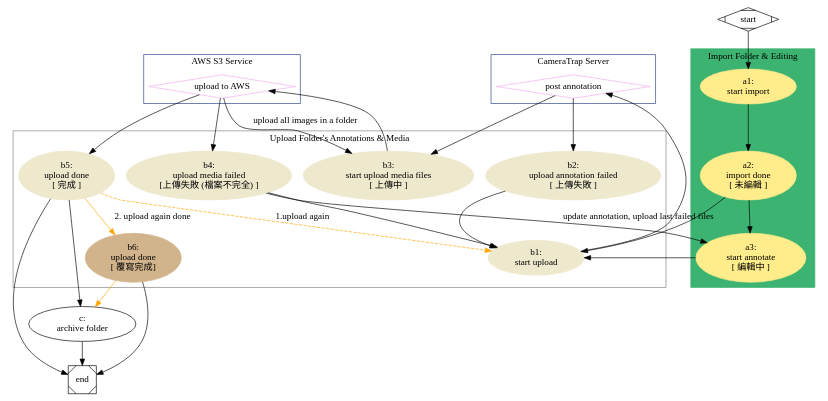
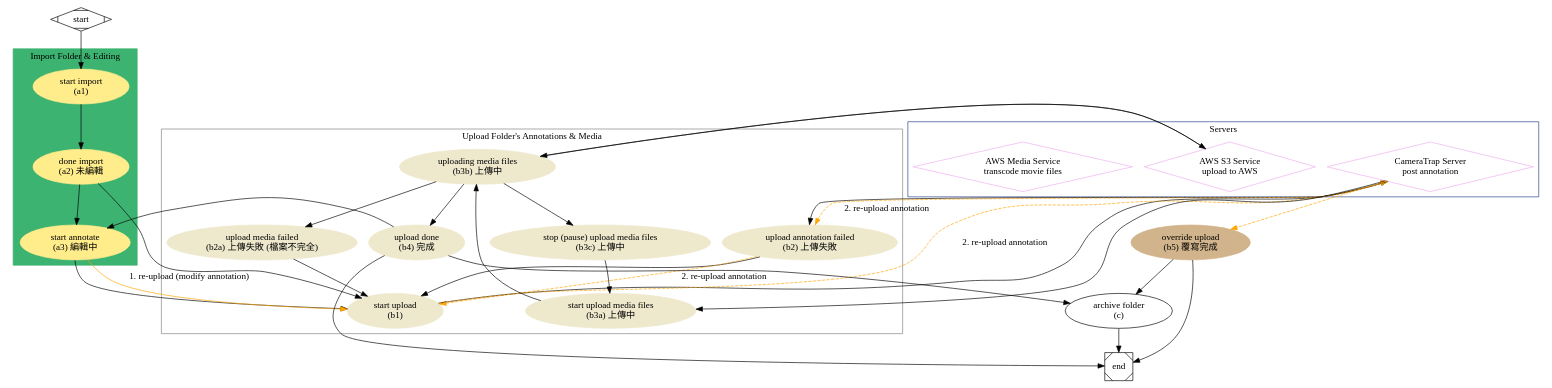
The diagram in docs/upload-status-flow.dot (moogoo78/camera-trap-tk), drawn with Graphviz before and after one commit. The commit also changed 8 other files, not shown here.

```diff
--- a/docs/upload-status-flow.dot
+++ b/docs/upload-status-flow.dot
@@ -1,59 +1,73 @@
 digraph G {
   subgraph cluster_0 {
     style=filled;
     color=mediumseagreen;
     node [style=filled,color=lightgoldenrod1];
     label = "Import Folder & Editing";
     a1 -> a2 -> a3;
-
   }
 
   subgraph cluster_1 {
     color=gray;
     node [style=filled, color=cornsilk2];
     label = "Upload Folder's Annotations & Media";
     b2 -> b1;
-    b4 -> b1;
-    b5 -> b1 [label="1.upload again", color=orange, style=dashed];
-    b5 -> b6 [color=orange, label="2. upload again done"];
-    b3;
+    b3a -> b3b -> b3c -> b3a;
+    b3b -> b2a -> b1;
+    b3b -> b4;
+    /*
+    serv_anno -> b3a -> b3b -> b3c -> b3a;
+    b3b -> b3b;
+    b3b -> serv_s3 -> b4;
+
+
+    */
   }
   subgraph cluster_2 {
     color=royalblue4;
-    label = "CameraTrap Server";
-    serv_anno
+    label = "Servers";
+    serv_anno;
+    serv_s3;
+    serv_media;
   }
-  subgraph cluster_3 {
+ /* subgraph cluster_3 {
     color=royalblue4;
     label = "AWS S3 Service";
-    serv_s3 -> b5;
-    serv_s3 -> b3 [label="upload all images in a folder"];
-}
+
+  }*/
 
   start -> a1;
+  b1 -> serv_anno -> b2;
+  serv_anno -> b3a;
+  b1 -> serv_anno -> b2 -> b1 [color=orange, style=dashed, label="2. re-upload annotation"];
+  /*b3c -> end;*/
   a3 -> b1;
   a2 -> b1;
+  b3b -> serv_s3 -> b3b;
+  /*serv_s3 -> b5;*/
+  b4 -> end;
+  b4 -> c;
+  b4 -> a3;
+  a3 -> b1 [label="1. re-upload (modify annotation)", color=orange];
   b5 -> end;
-  b4 -> a3 [label="update annotation, upload last failed files"];
-
+  /*b4 -> a3 [label="update annotation, upload last failed files"];*/
   b5 -> c -> end;
-  b6 -> c [color=orange];
-  b6 -> end;
-  b1 -> serv_anno -> b2;
-  b3 -> serv_s3 -> b4;
-  serv_anno -> b3;
-  serv_anno [shape=diamond, color=plum2, label="post annotation"];
-  serv_s3 [shape=diamond, color=plum2, label="upload to AWS"];
-  c [label="c:\narchive folder"];
-  b6 [label="b6:\nupload done\n[ 覆寫完成]", color=tan, style=filled];
-  b5 [label="b5:\nupload done\n[ 完成 ]"];
-  b4 [label="b4:\nupload media failed\n [上傳失敗 (檔案不完全) ]"];
-  b3 [label="b3:\nstart upload media files\n[ 上傳中 ]"];
-  b2 [label="b2:\nupload annotation failed\n[ 上傳失敗 ]"];
-  b1 [label="b1:\nstart upload"];
-  a3 [label="a3:\nstart annotate\n[ 編輯中 ]"];
-  a1 [label="a1:\nstart import"];
-  a2 [label="a2:\nimport done\n[ 未編輯 ]"];
+  serv_anno -> b5 [color=orange, style=dashed];
+  serv_anno [shape=diamond, color=plum2, label="CameraTrap Server\npost annotation"];
+  serv_s3 [shape=diamond, color=plum2, label="AWS S3 Service\nupload to AWS"];
+  serv_media [shape=diamond, color=plum2, label="AWS Media Service\ntranscode movie files"];
+  c [label="archive folder\n(c)"];
+  b5 [label="override upload\n(b5) 覆寫完成", color=tan, style=filled];
+  b4 [label="upload done\n(b4) 完成"];
+  b2a [label="upload media failed\n (b2a) 上傳失敗 (檔案不完全)"];
+  b3c [label="stop (pause) upload media files\n(b3c) 上傳中"];
+  b3b [label="uploading media files\n(b3b) 上傳中"];
+  b3a [label="start upload media files\n(b3a) 上傳中"];
+  b2 [label="upload annotation failed\n(b2) 上傳失敗"];
+  b1 [label="start upload\n(b1)"];
+  a3 [label="start annotate\n(a3) 編輯中"];
+  a1 [label="start import\n(a1)"];
+  a2 [label="done import\n(a2) 未編輯"];
   start [shape=Mdiamond];
   end [shape=Msquare];
 }
```
